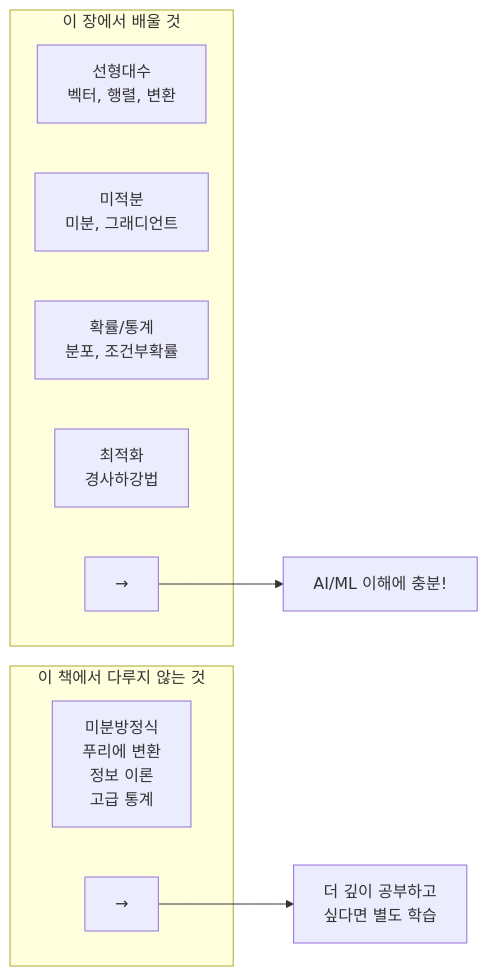
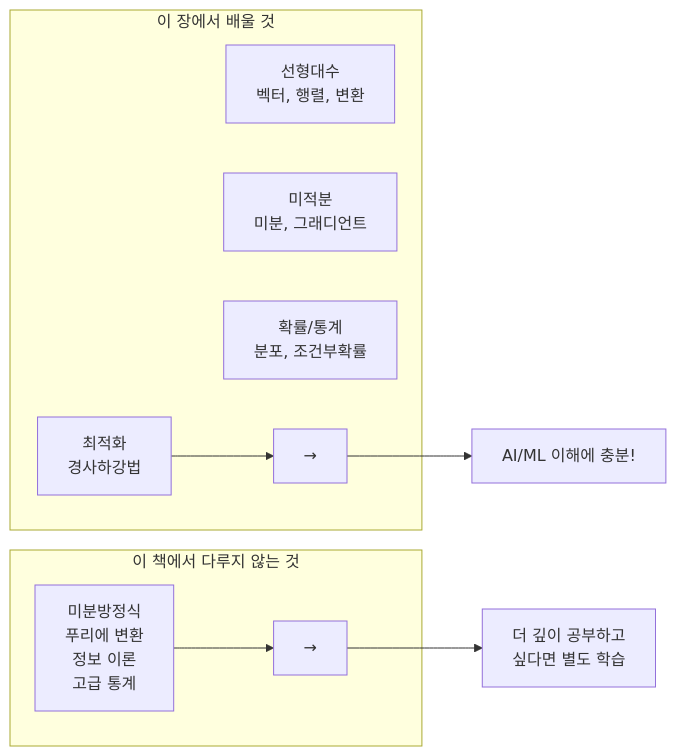
Before and after one commit to jingu279/Document: the second of 10 diagrams in ai-programming/01_서론/03_수학_기초.md, drawn with Mermaid. The commit also changed other lines of this file and 8 other files, not shown here.

First line of the commit message:
Fix remaining mermaid issues: bridge references, reserved keywords, lint errors

````diff
--- a/ai-programming/01_서론/03_수학_기초.md
+++ b/ai-programming/01_서론/03_수학_기초.md
@@ -113,18 +113,20 @@
 ```mermaid
 flowchart LR
   subgraph ThisChapter[이 장에서 배울 것]
     LA["선형대수<br/>벡터, 행렬, 변환"]
     Calc["미적분<br/>미분, 그래디언트"]
     Prob["확률/통계<br/>분포, 조건부확률"]
-    Opt["최적화<br/>경사하강법"]
-    TC_Out["→"]
+    OptMethod["최적화<br/>경사하강법"]
+    OptMethod --> TC_Out
   end
+  TC_Out["→"]
 
   subgraph NotCovered[이 책에서 다루지 않는 것]
     DeepMath["미분방정식<br/>푸리에 변환<br/>정보 이론<br/>고급 통계"]
-    NC_Out["→"]
+    DeepMath --> NC_Out
   end
+  NC_Out["→"]
 
   TC_Out --> AI["AI/ML 이해에 충분!"]
   NC_Out --> Later["더 깊이 공부하고<br/>싶다면 별도 학습"]
 ```
````
